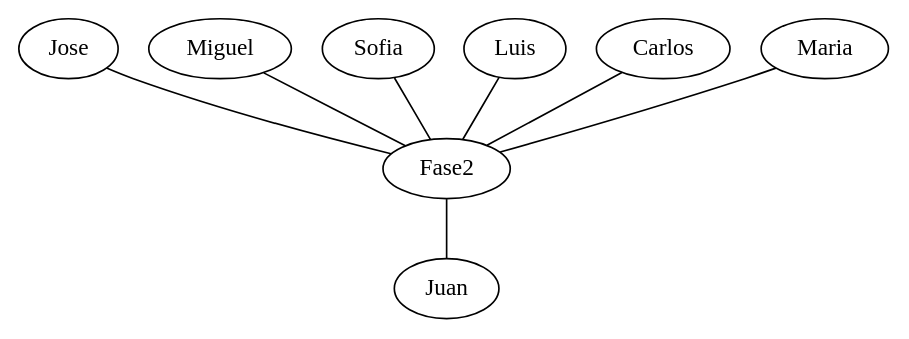
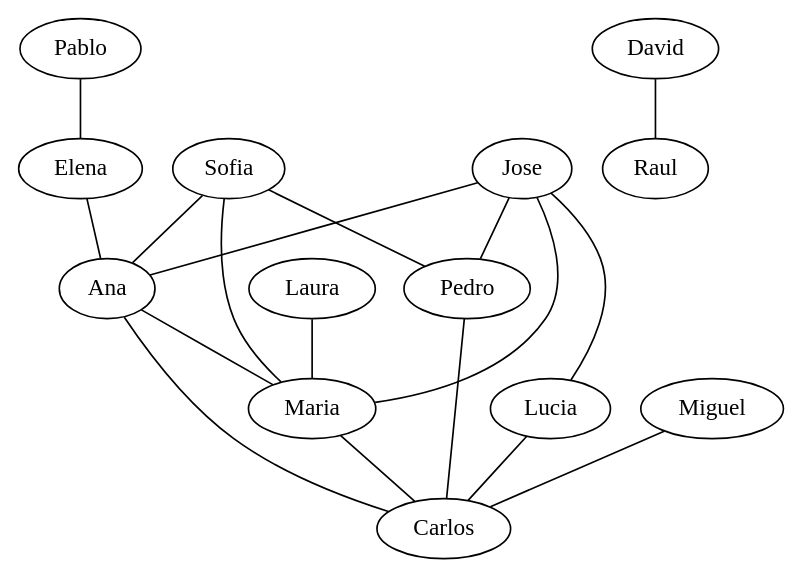
The diagram in Fase 2/GUI/build/Desktop_Qt_6_7_2_MinGW_64_bit-Debug/grafo.dot (TeFxiu/-EDD-Proyecto_202206963), drawn with Graphviz before and after one commit. The commit also changed 26 other files, not shown here.

```diff
--- a/Fase 2/GUI/build/Desktop_Qt_6_7_2_MinGW_64_bit-Debug/grafo.dot
+++ b/Fase 2/GUI/build/Desktop_Qt_6_7_2_MinGW_64_bit-Debug/grafo.dot
@@ -1,24 +1,49 @@
 digraph G{
-3[label="Juan" ];
-11[label="Fase2"];
-11 -> 3[dir=none];
-11[label="Fase2" ];
-7[label="Jose"];
-7 -> 11[dir=none];
-9[label="Miguel"];
-9 -> 11[dir=none];
-10[label="Sofia"];
-10 -> 11[dir=none];
-5[label="Luis"];
-5 -> 11[dir=none];
-1[label="Carlos"];
-1 -> 11[dir=none];
+1[label="Carlos" ];
 2[label="Maria"];
-2 -> 11[dir=none];
-7[label="Jose" ];
-9[label="Miguel" ];
-10[label="Sofia" ];
-5[label="Luis" ];
-1[label="Carlos" ];
+2 -> 1[dir=none];
+4[label="Ana"];
+4 -> 1[dir=none];
+5[label="Pedro"];
+5 -> 1[dir=none];
+6[label="Lucia"];
+6 -> 1[dir=none];
+7[label="Miguel"];
+7 -> 1[dir=none];
 2[label="Maria" ];
+9[label="Jose"];
+9 -> 2[dir=none];
+8[label="Sofia"];
+8 -> 2[dir=none];
+12[label="Laura"];
+12 -> 2[dir=none];
+4[label="Ana"];
+4 -> 2[dir=none];
+4[label="Ana" ];
+9[label="Jose"];
+9 -> 4[dir=none];
+8[label="Sofia"];
+8 -> 4[dir=none];
+11[label="Elena"];
+11 -> 4[dir=none];
+5[label="Pedro" ];
+9[label="Jose"];
+9 -> 5[dir=none];
+8[label="Sofia"];
+8 -> 5[dir=none];
+6[label="Lucia" ];
+9[label="Jose"];
+9 -> 6[dir=none];
+7[label="Miguel" ];
+9[label="Jose" ];
+8[label="Sofia" ];
+12[label="Laura" ];
+11[label="Elena" ];
+14[label="Pablo"];
+14 -> 11[dir=none];
+10[label="Raul" ];
+13[label="David"];
+13 -> 10[dir=none];
+13[label="David" ];
+14[label="Pablo" ];
 }
```
